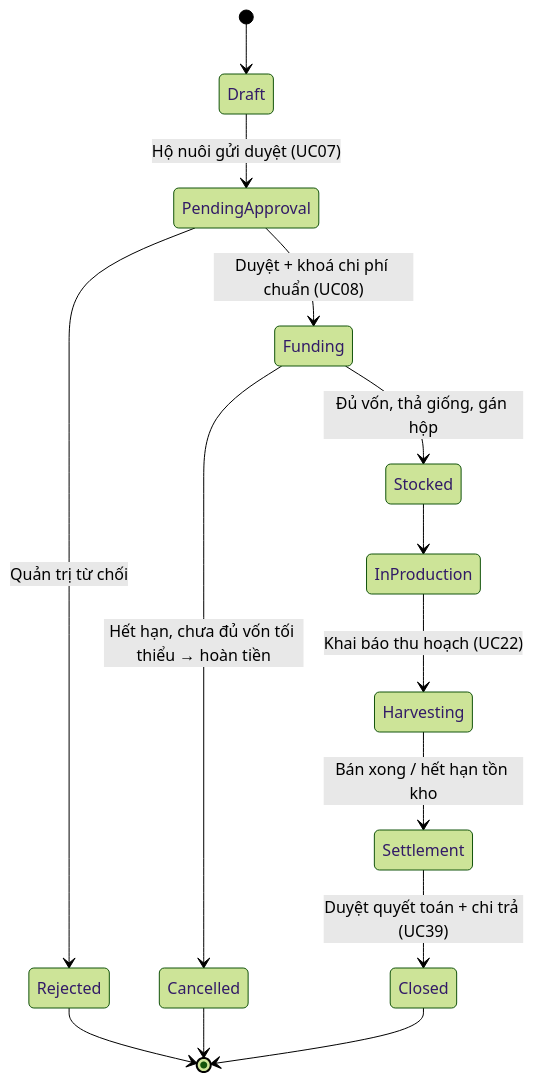
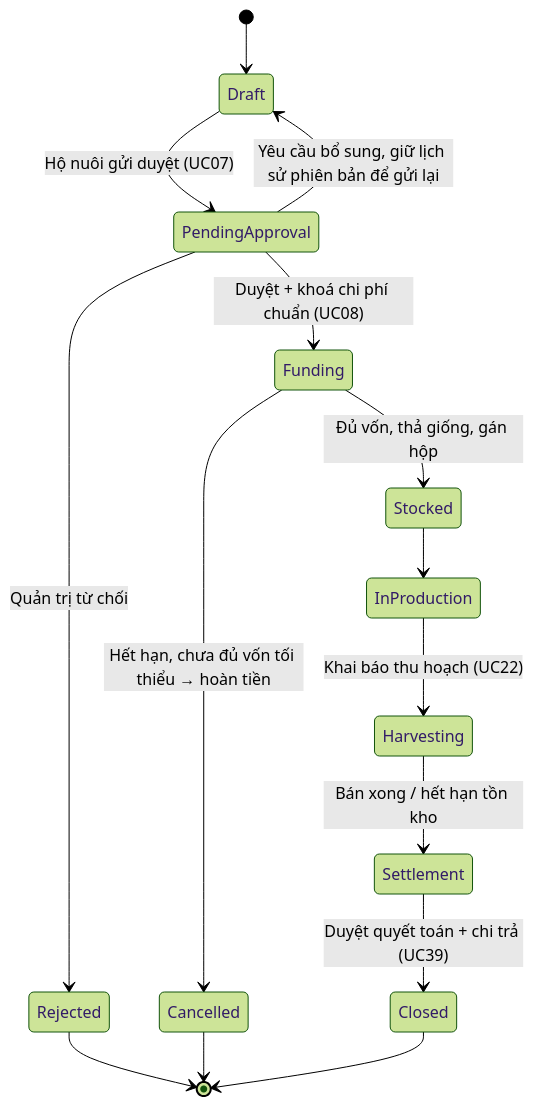
One commit to thienhoibai/crabshare changed the fourth of 5 diagrams in docs/architecture.md. Above: the diagram before and after it, drawn with Mermaid (forest theme). The commit also changed 28 other files, not shown here.

First line of the commit message:
Add relative tranche timing and revision flow

````diff
--- a/docs/architecture.md
+++ b/docs/architecture.md
@@ -131,16 +131,17 @@
 ```mermaid
 stateDiagram-v2
     [*] --> Draft
     Draft --> PendingApproval: Hộ nuôi gửi duyệt (UC07)
     PendingApproval --> Rejected: Quản trị từ chối
+    PendingApproval --> Draft: Yêu cầu bổ sung, giữ lịch sử phiên bản để gửi lại
     PendingApproval --> Funding: Duyệt + khoá chi phí chuẩn (UC08)
     Funding --> Cancelled: Hết hạn, chưa đủ vốn tối thiểu → hoàn tiền
     Funding --> Stocked: Đủ vốn, thả giống, gán hộp
     Stocked --> InProduction
     InProduction --> Harvesting: Khai báo thu hoạch (UC22)
     Harvesting --> Settlement: Bán xong / hết hạn tồn kho
     Settlement --> Closed: Duyệt quyết toán + chi trả (UC39)
     Rejected --> [*]
     Cancelled --> [*]
     Closed --> [*]
 ```
````
